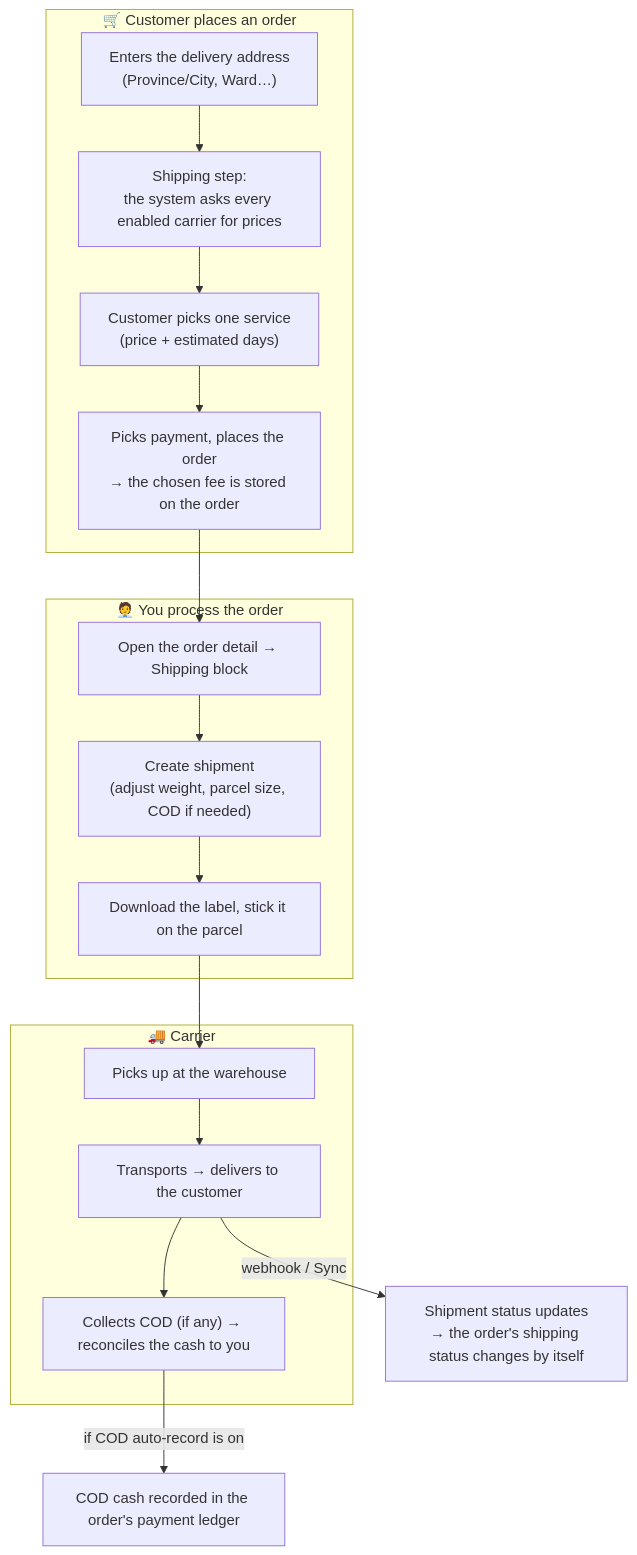
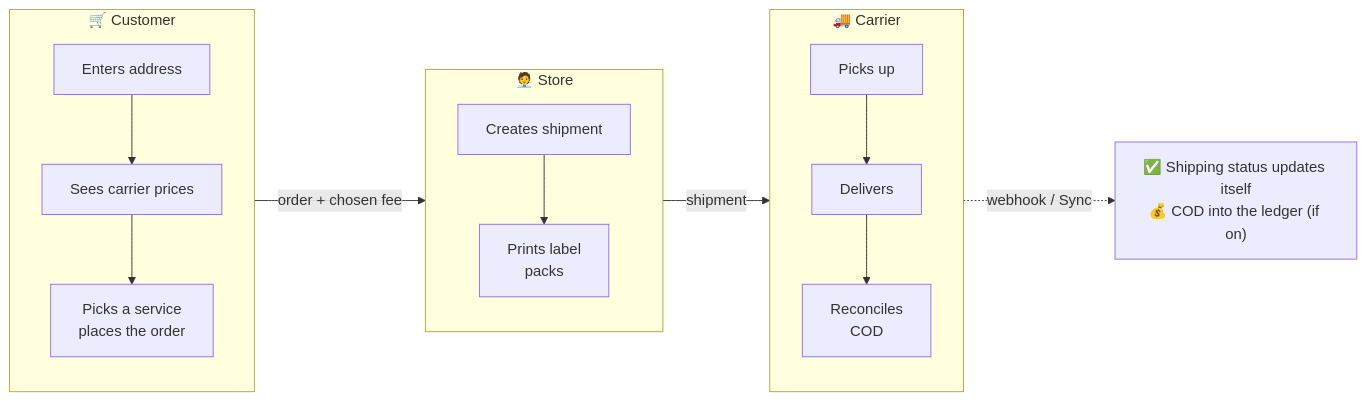
One commit to gp247net/gp247-docs changed the first of 3 diagrams in s-cart/shipping/shipping.md. Above: the diagram before and after it, drawn with Mermaid. The commit also changed other lines of this file and 3 other files, not shown here.

First line of the commit message:
docs(s-cart): compact left-to-right overview charts for shipping and payment

````diff
--- a/s-cart/shipping/shipping.md
+++ b/s-cart/shipping/shipping.md
@@ -33,20 +33,18 @@
 ```mermaid
-flowchart TD
-    subgraph KH["🛒 Customer places an order"]
-        A1["Enters the delivery address<br/>(Province/City, Ward…)"] --> A2["Shipping step:<br/>the system asks every enabled carrier for prices"]
-        A2 --> A3["Customer picks one service<br/>(price + estimated days)"]
-        A3 --> A4["Picks payment, places the order<br/>→ the chosen fee is stored on the order"]
+flowchart LR
+    subgraph KH["🛒 Customer"]
+        direction TB
+        A1["Enters address"] --> A2["Sees carrier prices"] --> A3["Picks a service<br/>places the order"]
     end
-    subgraph AD["🧑‍💼 You process the order"]
-        B1["Open the order detail → Shipping block"] --> B2["Create shipment<br/>(adjust weight, parcel size, COD if needed)"]
-        B2 --> B3["Download the label, stick it on the parcel"]
+    subgraph CH["🧑‍💼 Store"]
+        direction TB
+        B1["Creates shipment"] --> B2["Prints label<br/>packs"]
     end
-    subgraph H["🚚 Carrier"]
-        C1["Picks up at the warehouse"] --> C2["Transports → delivers to the customer"]
-        C2 --> C3["Collects COD (if any) → reconciles the cash to you"]
+    subgraph HG["🚚 Carrier"]
+        direction TB
+        C1["Picks up"] --> C2["Delivers"] --> C3["Reconciles<br/>COD"]
     end
-    A4 --> B1
-    B3 --> C1
-    C2 -- "webhook / Sync" --> D1["Shipment status updates<br/>→ the order's shipping status changes by itself"]
-    C3 -- "if COD auto-record is on" --> D2["COD cash recorded in the order's payment ledger"]
+    KH -- "order + chosen fee" --> CH
+    CH -- "shipment" --> HG
+    HG -. "webhook / Sync" .-> KQ["✅ Shipping status updates itself<br/>💰 COD into the ledger (if on)"]
 ```
````
